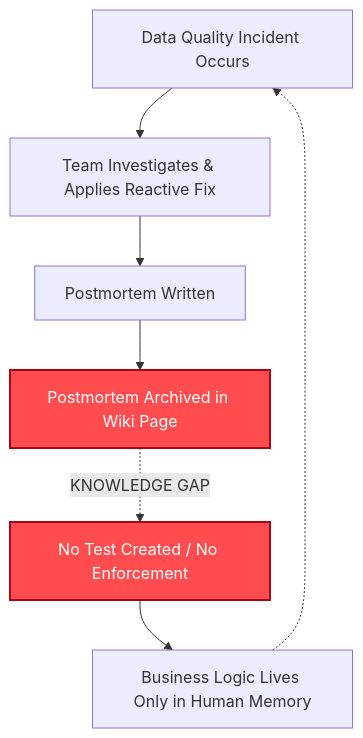
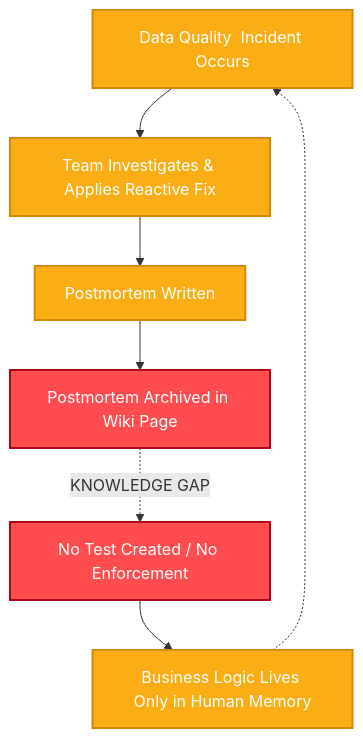
Before and after one commit to ricard-alcaraz/webpage: the first of 3 diagrams in src/content/blog/2026-09-04-bridging-the-gap-turning-incident-knowledge-into-automated-tests.md, drawn with Mermaid. The commit also changed other lines of this file and 9 other files, not shown here.

Commit message:
modified post + mermaid

````diff
--- a/src/content/blog/2026-09-04-bridging-the-gap-turning-incident-knowledge-into-automated-tests.md
+++ b/src/content/blog/2026-09-04-bridging-the-gap-turning-incident-knowledge-into-automated-tests.md
@@ -30,12 +31,16 @@
 ```mermaid
 flowchart TD
-    A[Data Quality Incident Occurs] --> B[Team Investigates & Applies Reactive Fix]
+    A[Data Quality  Incident Occurs] --> B[Team Investigates & Applies Reactive Fix]
     B --> C[Postmortem Written]
     C --> D[Postmortem Archived in Wiki Page]
     D -.->|"KNOWLEDGE GAP"| E[No Test Created / No Enforcement]
     E --> F[Business Logic Lives Only in Human Memory]
     F -.-> A
 
-    style D fill:#ff4d4f,stroke:#a8071a,stroke-width:2px,color:#fff
-    style E fill:#ff4d4f,stroke:#a8071a,stroke-width:2px,color:#fff
+    classDef default fill:#f9f9f9,stroke:#333,stroke-width:1px,color:#333
+    classDef highlight fill:#ff4d4f,stroke:#a8071a,stroke-width:2px,color:#fff
+    classDef warning fill:#faad14,stroke:#d48806,stroke-width:2px,color:#fff
+    
+    class D,E highlight
+    class A,B,C,F warning
 ```
````
